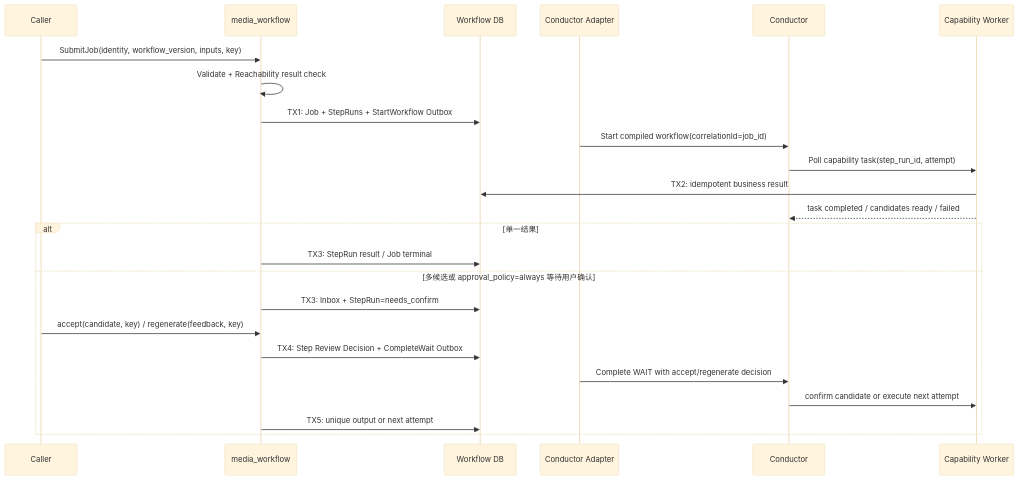
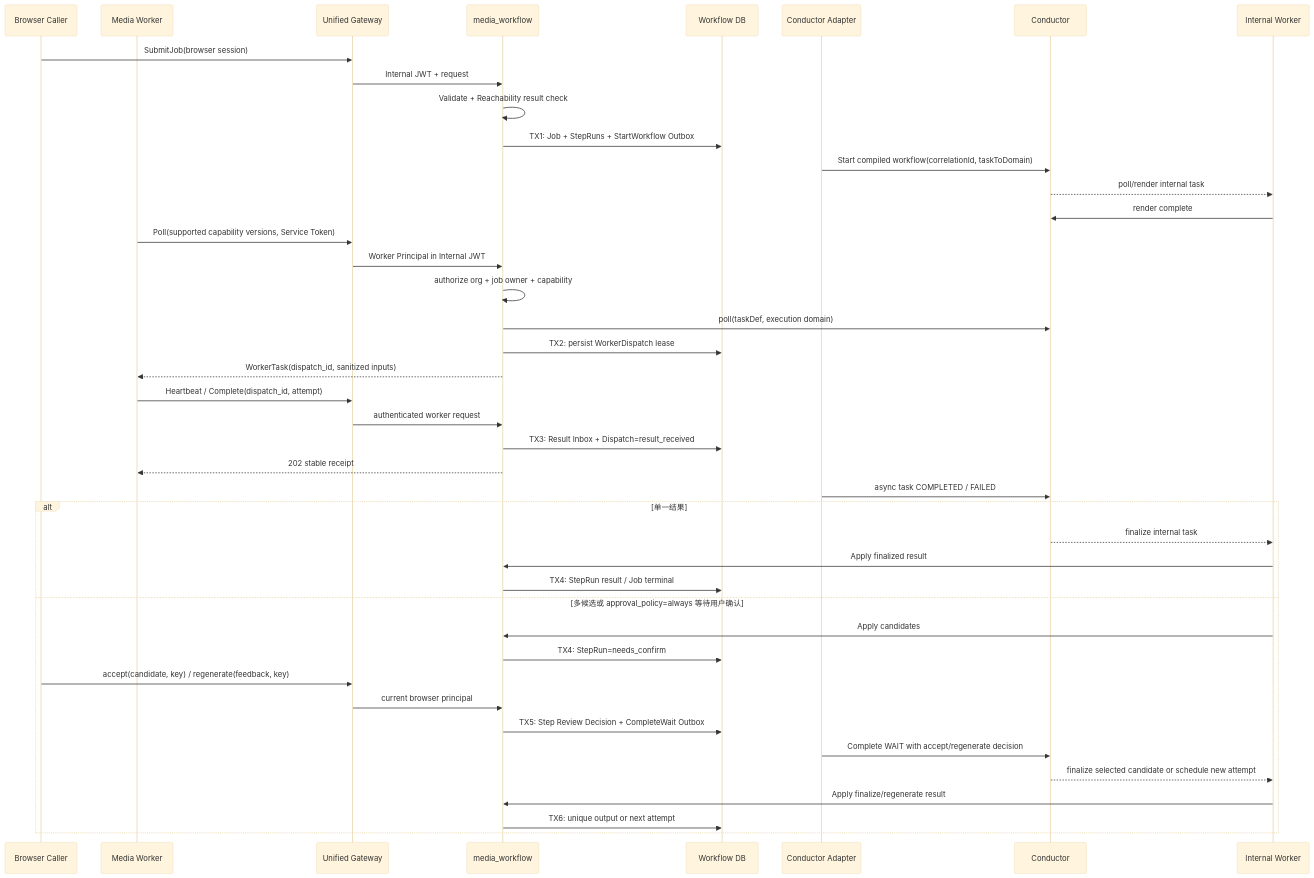
Before and after one commit to hotttao/media_agent: the first of 2 diagrams in docs/ddd/media_workflow/workflow/0002-workflow_execution/workflow_execution.md, drawn with Mermaid (base theme). The commit also changed other lines of this file and 22 other files, not shown here.

Commit message:
docs(workflow): define worker gateway conductor proxy

````diff
--- a/docs/ddd/media_workflow/workflow/0002-workflow_execution/workflow_execution.md
+++ b/docs/ddd/media_workflow/workflow/0002-workflow_execution/workflow_execution.md
@@ -12,26 +12,44 @@
 ```mermaid
 sequenceDiagram
-    participant C as Caller
+    participant C as Browser Caller
+    participant X as Media Worker
+    participant G as Unified Gateway
     participant W as media_workflow
     participant DB as Workflow DB
     participant A as Conductor Adapter
     participant O as Conductor
-    participant X as Capability Worker
-    C->>W: SubmitJob(identity, workflow_version, inputs, key)
+    participant I as Internal Worker
+    C->>G: SubmitJob(browser session)
+    G->>W: Internal JWT + request
     W->>W: Validate + Reachability result check
     W->>DB: TX1: Job + StepRuns + StartWorkflow Outbox
-    A->>O: Start compiled workflow(correlationId=job_id)
-    O->>X: Poll capability task(step_run_id, attempt)
-    X->>DB: TX2: idempotent business result
-    X-->>O: task completed / candidates ready / failed
+    A->>O: Start compiled workflow(correlationId, taskToDomain)
+    O-->>I: poll/render internal task
+    I->>O: render complete
+    X->>G: Poll(supported capability versions, Service Token)
+    G->>W: Worker Principal in Internal JWT
+    W->>W: authorize org + job owner + capability
+    W->>O: poll(taskDef, execution domain)
+    W->>DB: TX2: persist WorkerDispatch lease
+    W-->>X: WorkerTask(dispatch_id, sanitized inputs)
+    X->>G: Heartbeat / Complete(dispatch_id, attempt)
+    G->>W: authenticated worker request
+    W->>DB: TX3: Result Inbox + Dispatch=result_received
+    W-->>X: 202 stable receipt
+    A->>O: async task COMPLETED / FAILED
     alt 单一结果
-        W->>DB: TX3: StepRun result / Job terminal
+        O-->>I: finalize internal task
+        I->>W: Apply finalized result
+        W->>DB: TX4: StepRun result / Job terminal
     else 多候选或 approval_policy=always 等待用户确认
-        W->>DB: TX3: Inbox + StepRun=needs_confirm
-        C->>W: accept(candidate, key) / regenerate(feedback, key)
-        W->>DB: TX4: Step Review Decision + CompleteWait Outbox
+        I->>W: Apply candidates
+        W->>DB: TX4: StepRun=needs_confirm
+        C->>G: accept(candidate, key) / regenerate(feedback, key)
+        G->>W: current browser principal
+        W->>DB: TX5: Step Review Decision + CompleteWait Outbox
         A->>O: Complete WAIT with accept/regenerate decision
-        O->>X: confirm candidate or execute next attempt
-        W->>DB: TX5: unique output or next attempt
+        O-->>I: finalize selected candidate or schedule new attempt
+        I->>W: Apply finalize/regenerate result
+        W->>DB: TX6: unique output or next attempt
     end
 ```
````
